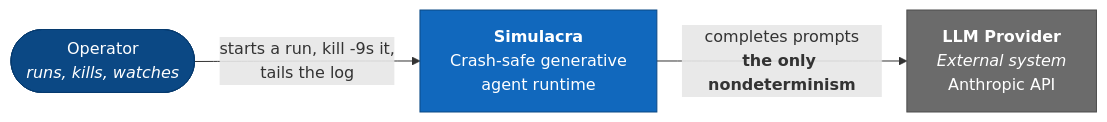
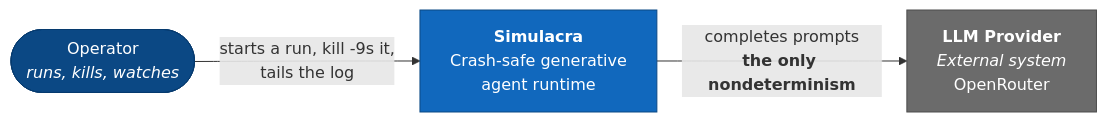
One commit to metalogica/simulacra changed the second of 5 diagrams in README.md. Above: the diagram before and after it, drawn with Mermaid. The commit also changed other lines of this file and 35 other files, not shown here.

````diff
--- a/README.md
+++ b/README.md
@@ -105,16 +106,16 @@
 ```mermaid
 flowchart LR
   operator(["Operator<br/><i>runs, kills, watches</i>"])
   simulacra["<b>Simulacra</b><br/>Crash-safe generative<br/>agent runtime"]
-  provider["<b>LLM Provider</b><br/><i>External system</i><br/>Anthropic API"]
+  provider["<b>LLM Provider</b><br/><i>External system</i><br/>OpenRouter"]
 
   operator -->|"starts a run, kill -9s it,<br/>tails the log"| simulacra
   simulacra -->|"completes prompts<br/><b>the only nondeterminism</b>"| provider
 
   classDef person fill:#0b4884,stroke:#073b6f,color:#fff
   classDef system fill:#1168bd,stroke:#0b4884,color:#fff
   classDef external fill:#6b6b6b,stroke:#4d4d4d,color:#fff
   class operator person
   class simulacra system
   class provider external
 ```
````
